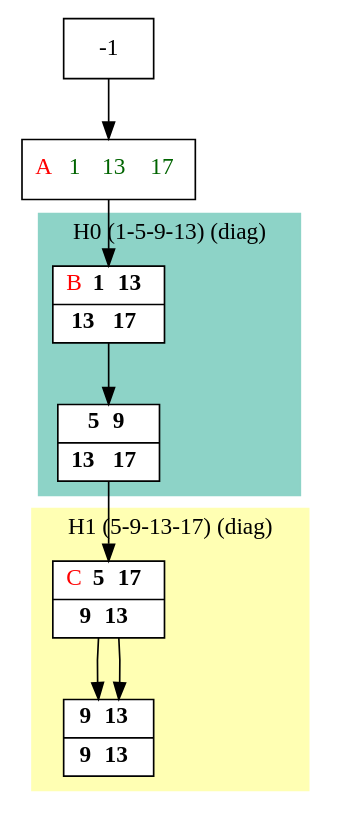
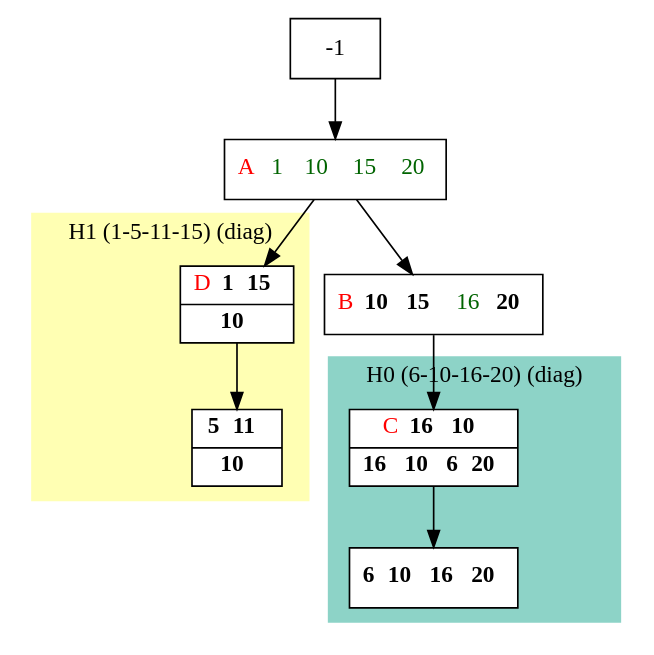
One commit to bmarchand/auto-dp changed the diagram in results/compact_dot_files/compact_H2.dot. Above: the diagram before and after it, drawn with Graphviz. The commit also changed 84 other files, not shown here.

```diff
--- a/results/compact_dot_files/compact_H2.dot
+++ b/results/compact_dot_files/compact_H2.dot
@@ -1,28 +1,29 @@
 digraph G {
     node [shape=box];
     subgraph cluster0 {
         node [style=filled,fillcolor=white];
         labeljust="l";
         style=filled;
         color="#8DD3C7";
         H0_0 -> H0_5;
-        label="H0 (1-5-9-13) (diag)";
+        label="H0 (6-10-16-20) (diag)";
     }
     subgraph cluster1 {
         node [style=filled,fillcolor=white];
         labeljust="l";
         style=filled;
         color="#FFFFB3";
-        H1_0 -> H1_5;
-        label="H1 (5-9-13-17) (diag)";
+        H1_0 -> H1_7;
+        label="H1 (1-5-11-15) (diag)";
     }
-     1 [shape=record,label= <{  <FONT COLOR="RED">A</FONT>  <FONT COLOR="DARKGREEN">1</FONT>  <FONT COLOR="DARKGREEN">13</FONT>  <FONT COLOR="DARKGREEN">17</FONT>}> ];
+     1 [shape=record,label= <{  <FONT COLOR="RED">A</FONT>  <FONT COLOR="DARKGREEN">1</FONT>  <FONT COLOR="DARKGREEN">10</FONT>  <FONT COLOR="DARKGREEN">15</FONT>  <FONT COLOR="DARKGREEN">20</FONT>}> ];
      -1  ->  1;
-     H0_0 [shape=record,label= <{  <FONT COLOR="RED">B</FONT> <b>1</b> <b>13</b>| <b>13</b> <b>17</b>}> ];
-     1  ->  H0_0;
-     H0_5 [shape=record,label= <{ <b>5</b> <b>9</b>| <b>13</b> <b>17</b>}> ];
-     H1_0 [shape=record,label= <{  <FONT COLOR="RED">C</FONT> <b>5</b> <b>17</b>| <b>9</b> <b>13</b>}> ];
-     H0_5  ->  H1_0;
-     H1_5 [shape=record,label= <{ <b>9</b> <b>13</b>| <b>9</b> <b>13</b>}> ];
-     H1_0 -> H1_5;
+     10 [shape=record,label= <{  <FONT COLOR="RED">B</FONT> <b>10</b> <b>15</b>  <FONT COLOR="DARKGREEN">16</FONT> <b>20</b>}> ];
+     1  ->  10;
+     H0_0 [shape=record,label= <{  <FONT COLOR="RED">C</FONT> <b>16</b> <b>10</b>|  <b>16</b> <b>10</b> <b>6</b> <b>20</b>}> ];
+     10  ->  H0_0;
+     H0_5 [shape=record,label= <{ <b>6</b> <b>10</b> <b>16</b> <b>20</b>}> ];
+     H1_0 [shape=record,label= <{  <FONT COLOR="RED">D</FONT> <b>1</b> <b>15</b>|  <b>10</b>}> ];
+     1  ->  H1_0;
+     H1_7 [shape=record,label= <{ <b>5</b> <b>11</b>|  <b>10</b>}> ];
 }
```
